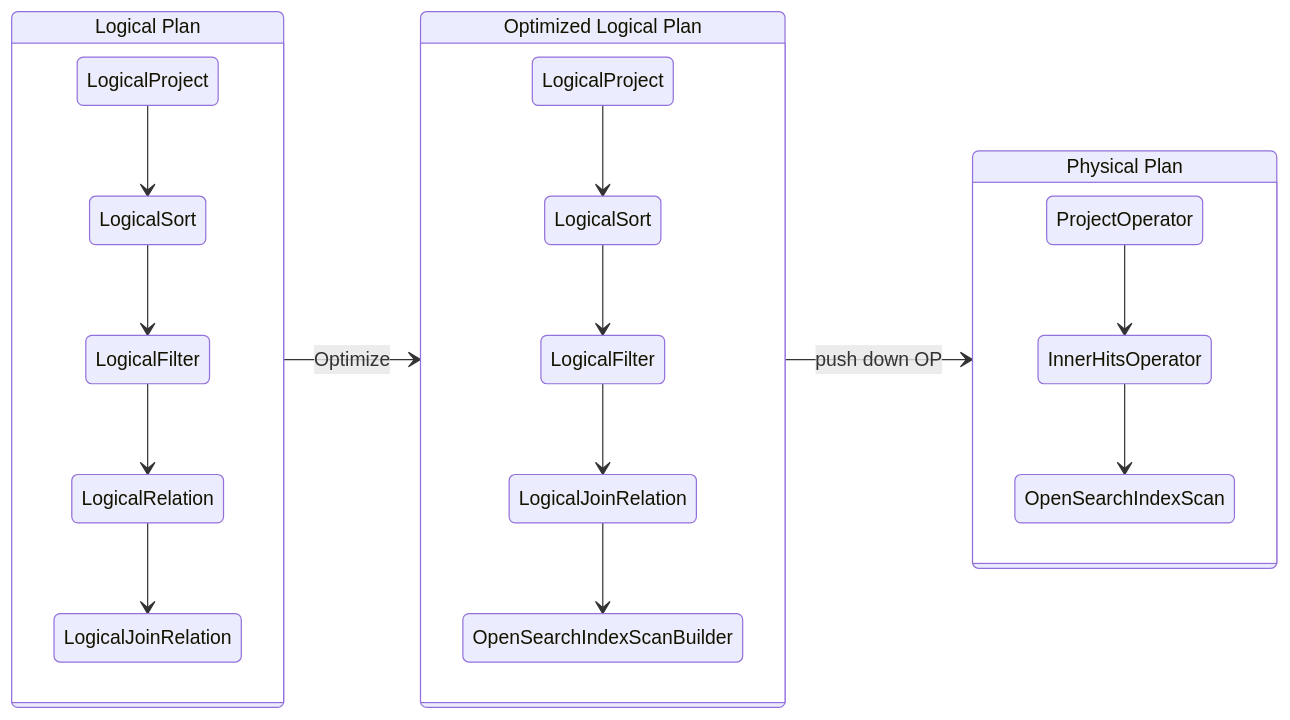
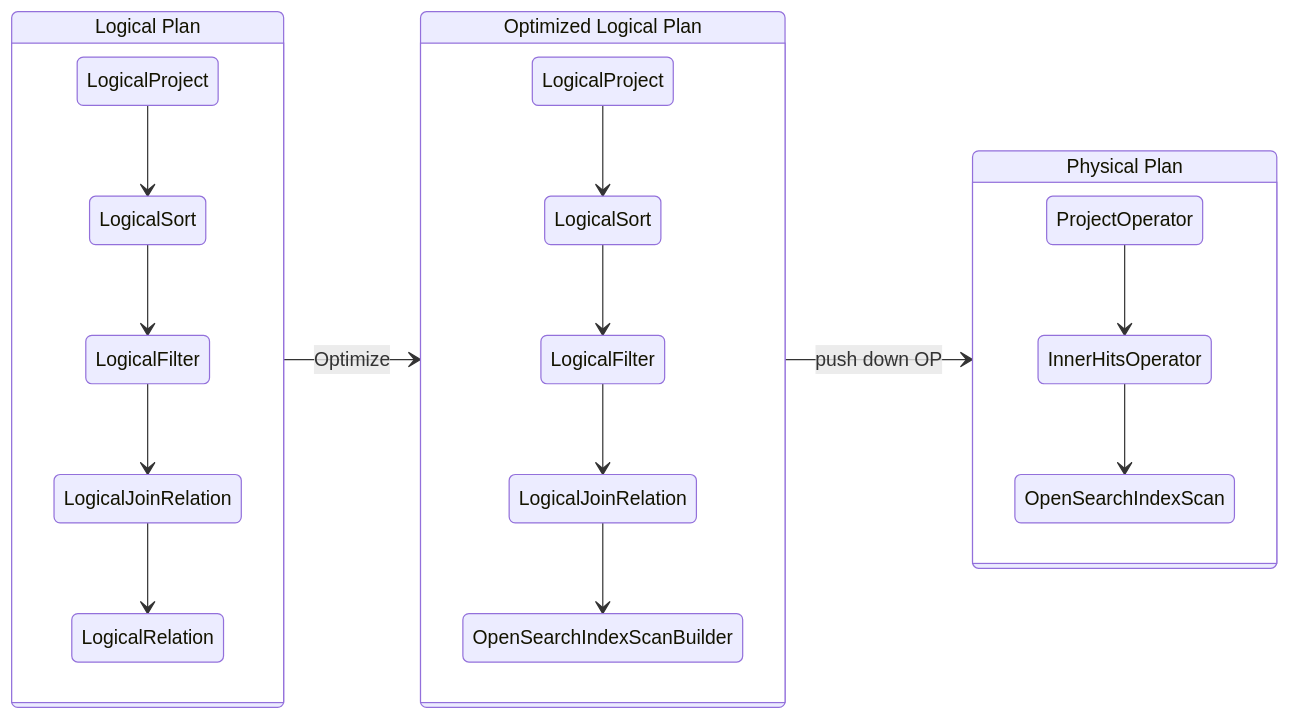
Before and after one commit to Bit-Quill/opensearch-project-sql: the fourth of 9 diagrams in docs/dev/opensearch-same-table-join-query.md, drawn with Mermaid. The commit also changed other lines of this file, not shown here.

Commit message:
Update opensearch-same-table-join-query.md for first-pass review

````diff
--- a/docs/dev/opensearch-same-table-join-query.md
+++ b/docs/dev/opensearch-same-table-join-query.md
@@ -972,44 +983,44 @@
 ```mermaid
 stateDiagram-v2
 direction LR
     LogicalPlan --> OptimizedLogicalPlan: Optimize
     OptimizedLogicalPlan --> PhysicalPlan: push down OP
 
     state "Logical Plan" as LogicalPlan
     state LogicalPlan {
         logState1: LogicalProject
         logState2: LogicalSort
         logState3: LogicalFilter
-        logState4: LogicalRelation
-        logState5: LogicalJoinRelation
+        logState4: LogicalJoinRelation
+        logState5: LogicalRelation
 
         logState1 --> logState2
         logState2 --> logState3
         logState3 --> logState4
         logState4 --> logState5
     }
 
     state "Optimized Logical Plan" as OptimizedLogicalPlan
     state OptimizedLogicalPlan {
         optState1: LogicalProject
         optState2: LogicalSort
         optState3: LogicalFilter
         optState4: LogicalJoinRelation
         optState5: OpenSearchIndexScanBuilder
 
         optState1 --> optState2
         optState2 --> optState3
         optState3 --> optState4
         optState4 --> optState5
     }
 
     state "Physical Plan" as PhysicalPlan
     state PhysicalPlan {
         phyState1: ProjectOperator
         phyState2: InnerHitsOperator
         phyState3: OpenSearchIndexScan
 
         phyState1 --> phyState2
         phyState2 --> phyState3
     }
 ```
````
